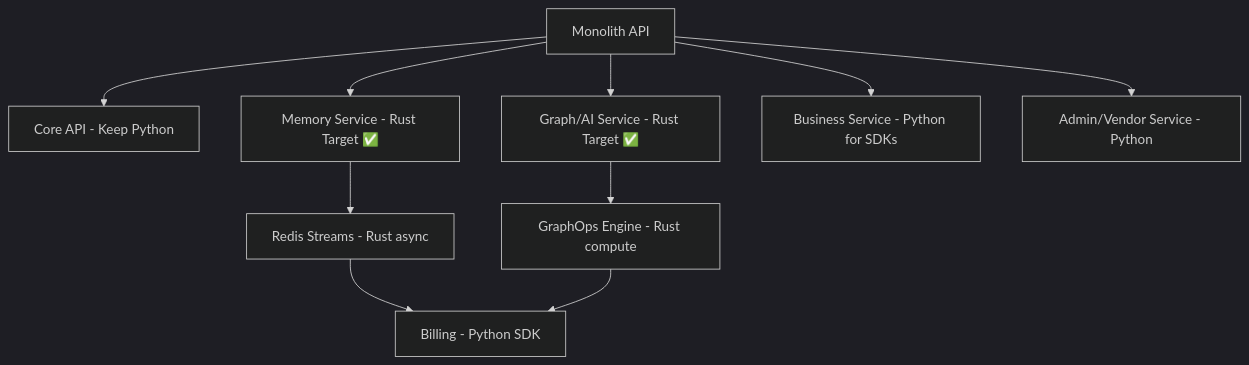
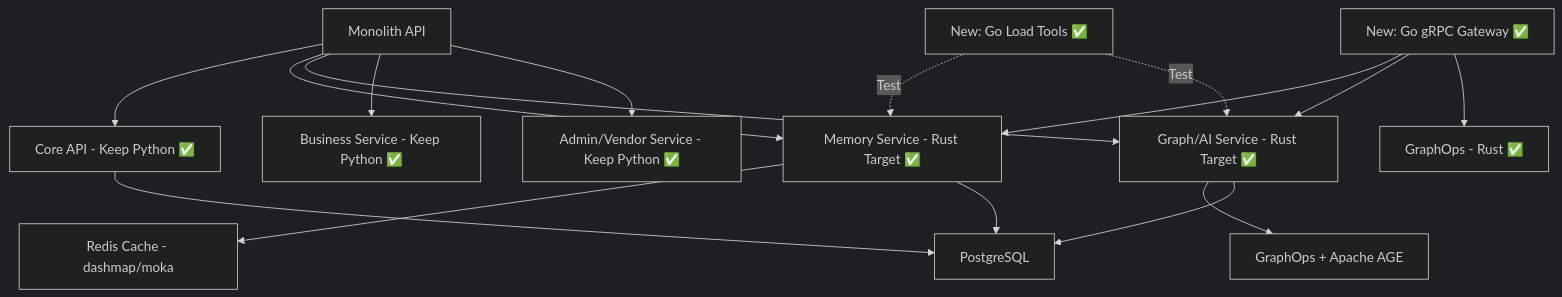
Before and after one commit to Arunosaur/ninaivalaigal: the second of 2 diagrams in specs/099-rust-migration-strategy/README.md, drawn with Mermaid (dark theme). The commit also changed other lines of this file and 8 other files, not shown here.

First line of the commit message:
feat(spec-099, tasks): Add Go infrastructure to polyglot architecture

````diff
--- a/specs/099-rust-migration-strategy/README.md
+++ b/specs/099-rust-migration-strategy/README.md
@@ -125,14 +163,22 @@
 ```mermaid
 graph TD
-    A[Monolith API] --> B1[Core API - Keep Python]
+    A[Monolith API] --> B1[Core API - Keep Python ✅]
     A --> B2[Memory Service - Rust Target ✅]
     A --> B3[Graph/AI Service - Rust Target ✅]
-    A --> B4[Business Service - Python for SDKs]
-    A --> B5[Admin/Vendor Service - Python]
+    A --> B4[Business Service - Keep Python ✅]
+    A --> B5[Admin/Vendor Service - Keep Python ✅]
 
-    B2 --> C1[Redis Streams - Rust async]
-    B3 --> C2[GraphOps Engine - Rust compute]
+    NEW1[New: Go gRPC Gateway ✅] --> B2
+    NEW1 --> B3
+    NEW1 --> GRO[GraphOps - Rust ✅]
 
-    C1 --> D[Billing - Python SDK]
-    C2 --> D
+    NEW2[New: Go Load Tools ✅] -.->|Test| B2
+    NEW2 -.->|Test| B3
+
+    B2 --> C1[Redis Cache - dashmap/moka]
+    B3 --> C2[GraphOps + Apache AGE]
+
+    B1 --> D[PostgreSQL]
+    B2 --> D
+    B3 --> D
 ```
````
